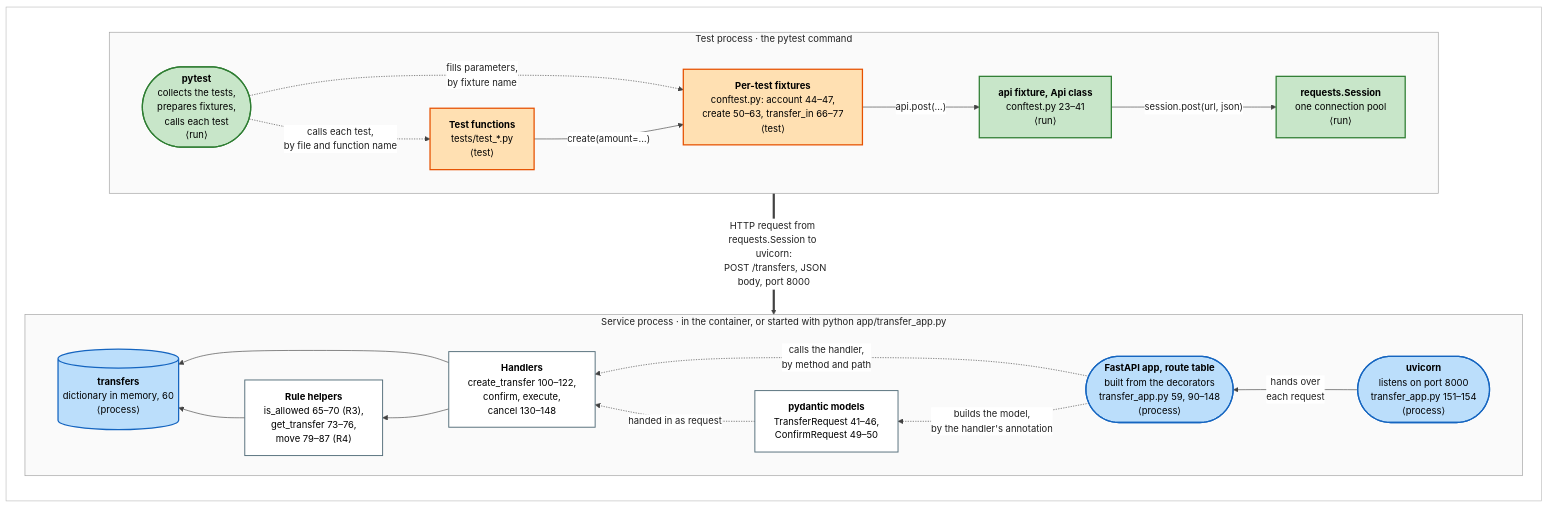
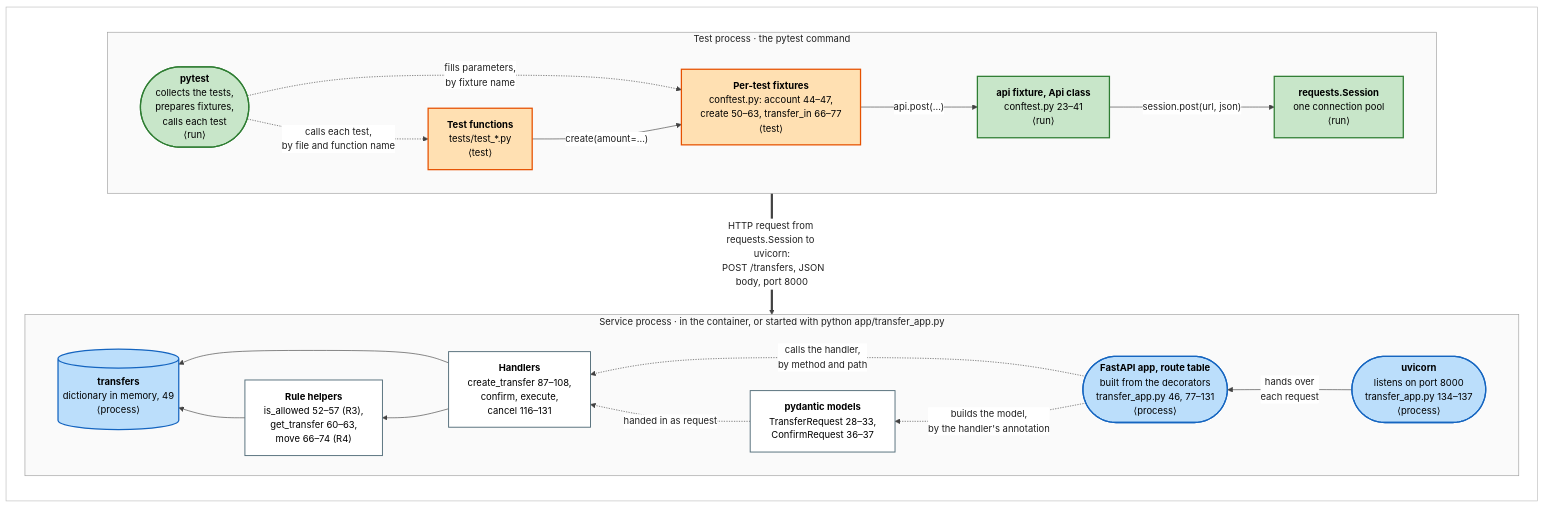
One commit to tiavelum/test-automation-demo changed the first of 4 diagrams in docs/how-the-api-tests-work.md. Above: the diagram before and after it, drawn with Mermaid. The commit also changed other lines of this file and 1 other file, not shown here.

Commit message:
refactor: simplify the service to what its rules need
Replaces the thread lock with async handlers, which run one at a time on
the event loop, the two enum classes with Literal types, and the
Annotated field constraints with plain Field defaults. Behaviour stays
the same; docs/how-the-api-tests-work.md follows the moved lines.

Refs #31

Claude-Session: https://claude.ai/code/session_01VF2f6b8cuFQENTxtHFv7gv

```diff
--- a/docs/how-the-api-tests-work.md
+++ b/docs/how-the-api-tests-work.md
@@ -71,25 +71,25 @@
     direction RL
     UV(["`**uvicorn**
     listens on port 8000
-    transfer_app.py 151–154
+    transfer_app.py 134–137
     ⟨process⟩`"])
     RT(["`**FastAPI app, route table**
     built from the decorators
-    transfer_app.py 59, 90–148
+    transfer_app.py 46, 77–131
     ⟨process⟩`"])
     PD["`**pydantic models**
-    TransferRequest 41–46,
-    ConfirmRequest 49–50`"]
+    TransferRequest 28–33,
+    ConfirmRequest 36–37`"]
     HD["`**Handlers**
-    create_transfer 100–122,
+    create_transfer 87–108,
     confirm, execute,
-    cancel 130–148`"]
+    cancel 116–131`"]
     RL["`**Rule helpers**
-    is_allowed 65–70 (R3),
-    get_transfer 73–76,
-    move 79–87 (R4)`"]
+    is_allowed 52–57 (R3),
+    get_transfer 60–63,
+    move 66–74 (R4)`"]
     DB[("`**transfers**
-    dictionary in memory, 60
+    dictionary in memory, 49
     ⟨process⟩`")]
   end
   end
```
